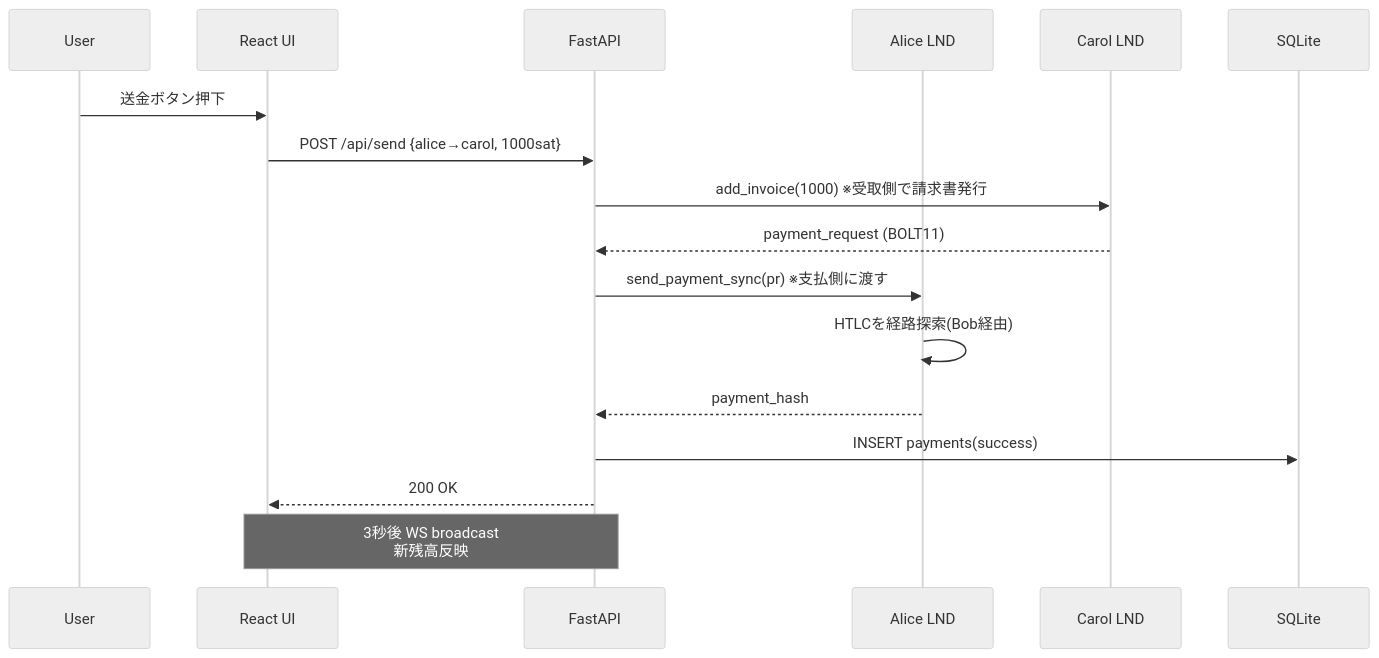
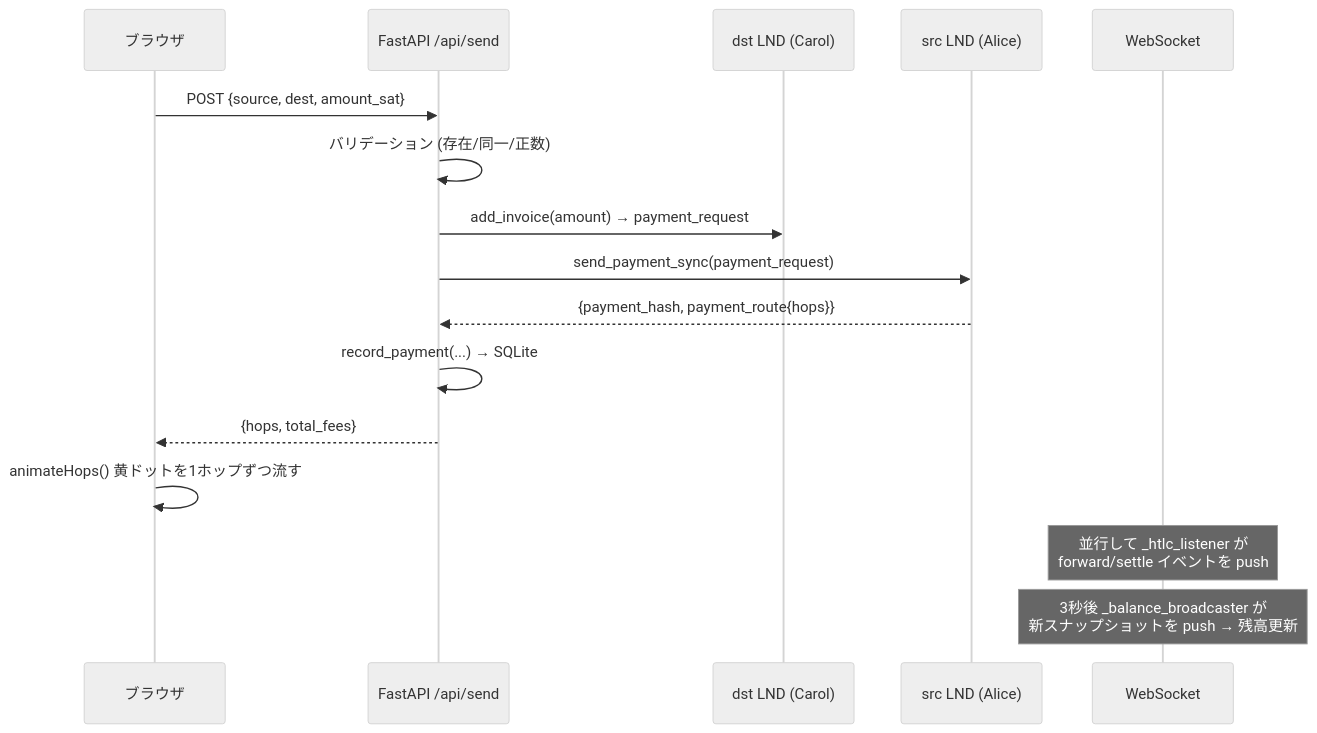
The second of 2 diagrams in EXPLANATION.md (1minami/ln-channel-visualizer), drawn with Mermaid (neutral theme) before and after one commit. The commit also changed other lines of this file, not shown here.

````diff
--- a/EXPLANATION.md
+++ b/EXPLANATION.md
@@ -44,20 +69,19 @@
 ```mermaid
 sequenceDiagram
-  participant U as User
-  participant FE as React UI
-  participant API as FastAPI
-  participant A as Alice LND
-  participant C as Carol LND
-  participant DB as SQLite
+    participant U as ブラウザ
+    participant API as FastAPI /api/send
+    participant Dst as dst LND (Carol)
+    participant Src as src LND (Alice)
+    participant WS as WebSocket
 
-  U->>FE: 送金ボタン押下
-  FE->>API: POST /api/send {alice→carol, 1000sat}
-  API->>C: add_invoice(1000) ※受取側で請求書発行
-  C-->>API: payment_request (BOLT11)
-  API->>A: send_payment_sync(pr) ※支払側に渡す
-  A->>A: HTLCを経路探索(Bob経由)
-  A-->>API: payment_hash
-  API->>DB: INSERT payments(success)
-  API-->>FE: 200 OK
-  Note over API,FE: 3秒後 WS broadcast<br/>新残高反映
+    U->>API: POST {source, dest, amount_sat}
+    API->>API: バリデーション (存在/同一/正数)
+    API->>Dst: add_invoice(amount) → payment_request
+    API->>Src: send_payment_sync(payment_request)
+    Src-->>API: {payment_hash, payment_route{hops}}
+    API->>API: record_payment(...) → SQLite
+    API-->>U: {hops, total_fees}
+    U->>U: animateHops() 黄ドットを1ホップずつ流す
+    Note over WS: 並行して _htlc_listener が<br/>forward/settle イベントを push
+    Note over WS: 3秒後 _balance_broadcaster が<br/>新スナップショットを push → 残高更新
 ```
````
